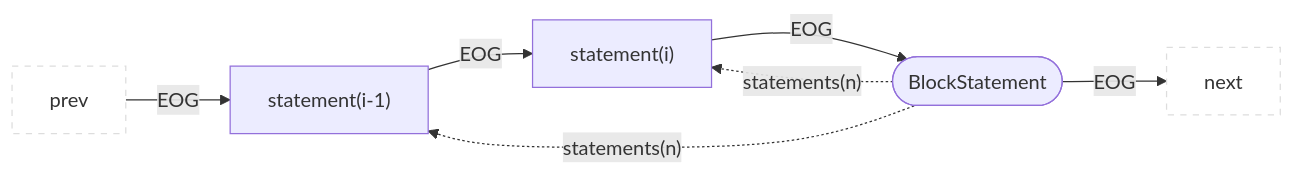
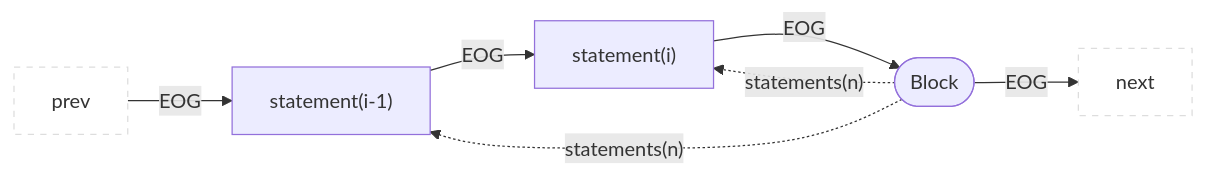
One commit to Fraunhofer-AISEC/cpg changed diagram 16 of 40 in docs/docs/CPG/specs/eog.md. Above: the diagram before and after it, drawn with Mermaid. The commit also changed other lines of this file and 19 other files, not shown here.

````diff
--- a/docs/docs/CPG/specs/eog.md
+++ b/docs/docs/CPG/specs/eog.md
@@ -332,11 +332,11 @@
 ```mermaid
 flowchart LR
   classDef outer fill:#fff,stroke:#ddd,stroke-dasharray:5 5;
   prev:::outer --EOG--> child1["statement(i-1)"]
   child1 --EOG-->child2["statement(i)"]
-  parent(["BlockStatement"]) --EOG--> next:::outer
+  parent(["Block"]) --EOG--> next:::outer
   parent -."statements(n)".-> child1
   parent -."statements(n)".-> child2
   child2 --EOG--> parent
 
 ```
````
